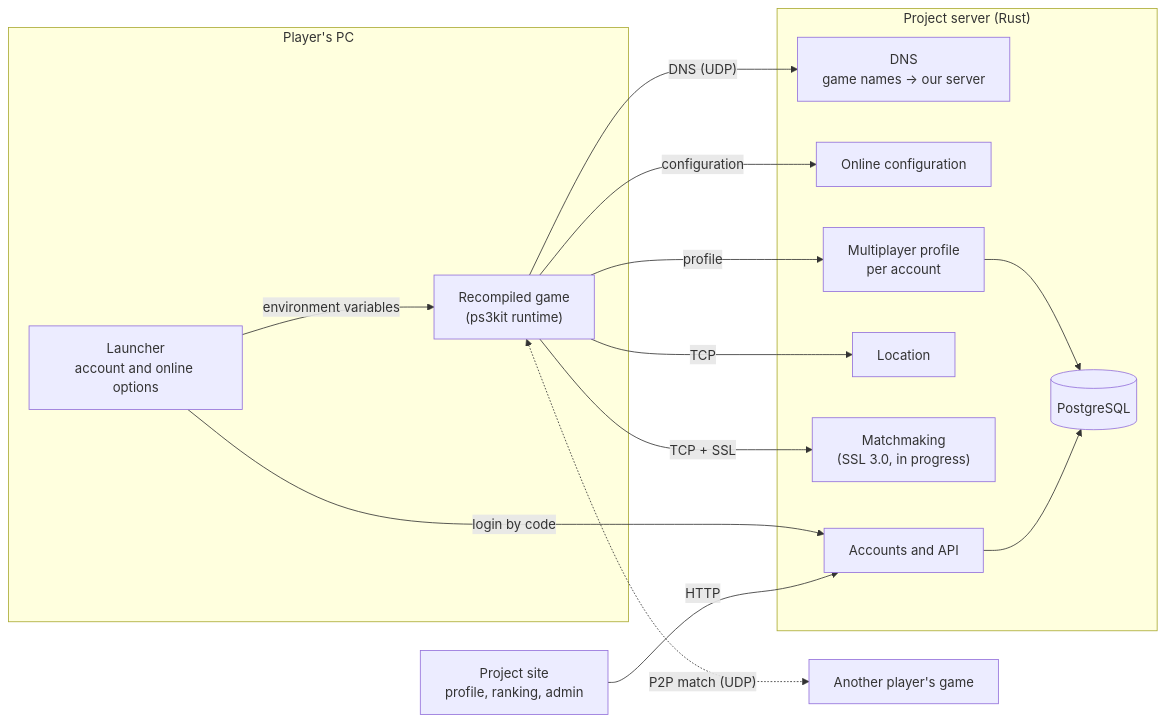
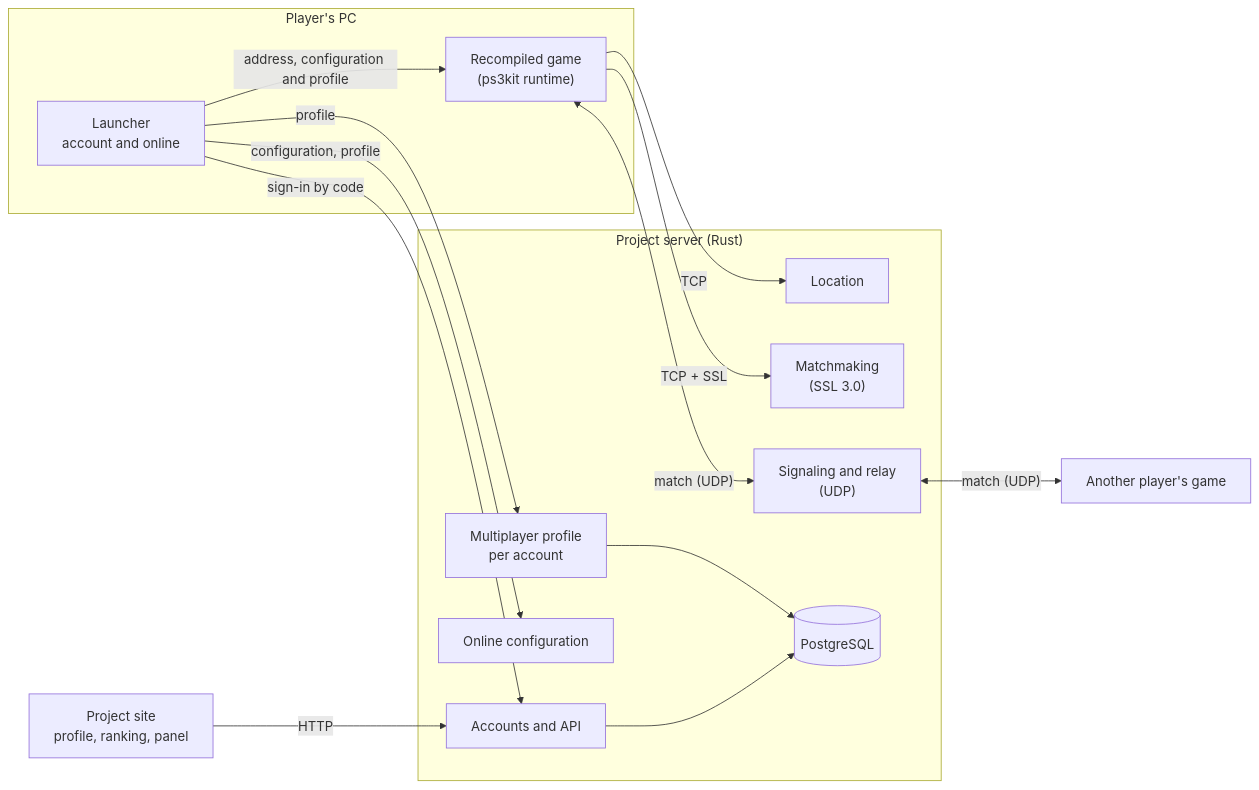
The diagram in docs/README.en.md (arnaldolima1/gow-ascension-pc), drawn with Mermaid before and after one commit. The commit also changed other lines of this file and 1 other file, not shown here.

Commit message:
README: the online as of Nov 5 (matchmaking up, two players matched with a host, the match through the server's relay, the launcher signing in and playing online; the server live at gow-ascension.com.br), the launcher's Improvements and Online tabs, PT-BR built on the site

````diff
--- a/docs/README.en.md
+++ b/docs/README.en.md
@@ -85,32 +89,32 @@
 ```mermaid
 flowchart LR
   subgraph PC["Player's PC"]
-    L["Launcher<br/>account and online options"]
+    L["Launcher<br/>account and online"]
     G["Recompiled game<br/>(ps3kit runtime)"]
-    L -- "environment variables" --> G
+    L -- "address, configuration and profile" --> G
   end
 
   subgraph SRV["Project server (Rust)"]
-    DNS["DNS<br/>game names → our server"]
+    API["Accounts and API"]
     CFG["Online configuration"]
     TUS["Multiplayer profile<br/>per account"]
     GEO["Location"]
-    SAM["Matchmaking<br/>(SSL 3.0, in progress)"]
-    API["Accounts and API"]
+    SAM["Matchmaking<br/>(SSL 3.0)"]
+    REL["Signaling and relay<br/>(UDP)"]
     DB[("PostgreSQL")]
     TUS --> DB
     API --> DB
   end
 
-  WEB["Project site<br/>profile, ranking, admin"]
+  WEB["Project site<br/>profile, ranking, panel"]
   G2["Another player's game"]
 
-  G -- "DNS (UDP)" --> DNS
-  G -- "configuration" --> CFG
-  G -- "profile" --> TUS
+  L -- "sign-in by code" --> API
+  L -- "configuration, profile" --> CFG
+  L -- "profile" --> TUS
   G -- "TCP" --> GEO
   G -- "TCP + SSL" --> SAM
-  L -- "login by code" --> API
+  G <-- "match (UDP)" --> REL
+  REL <-- "match (UDP)" --> G2
   WEB -- "HTTP" --> API
-  G <-.->|"P2P match (UDP)"| G2
 ```
````
